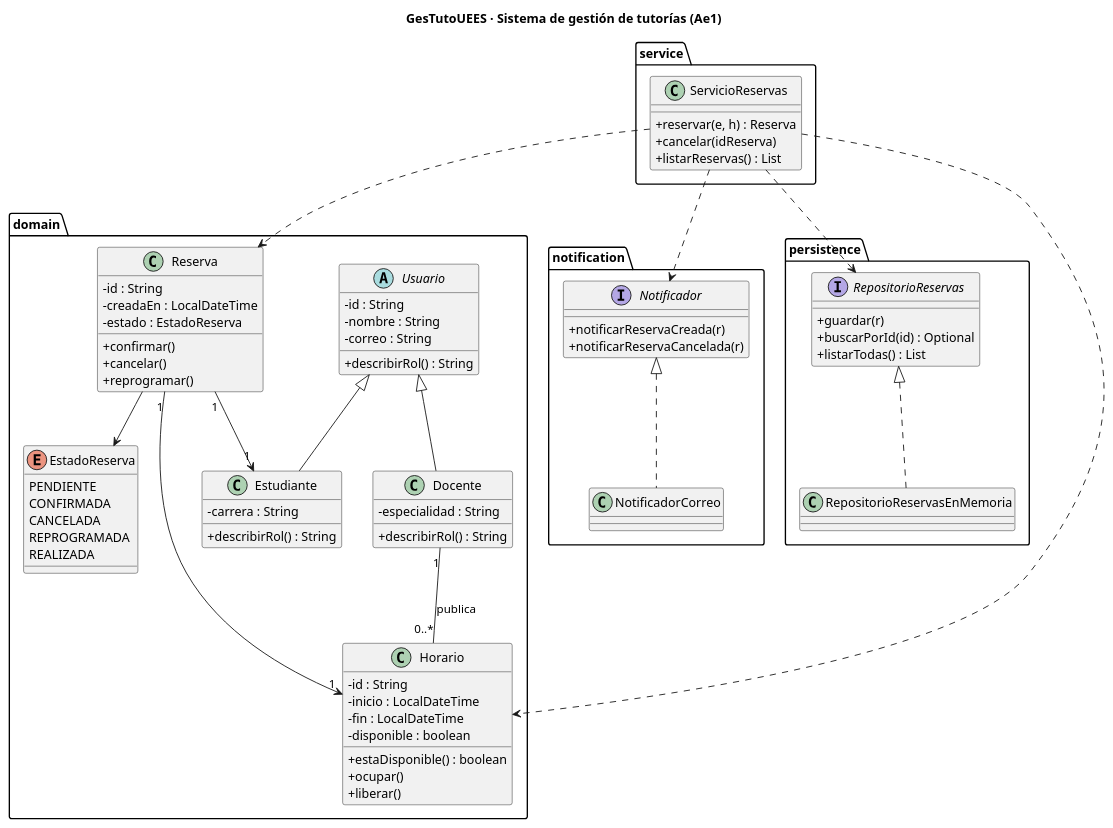
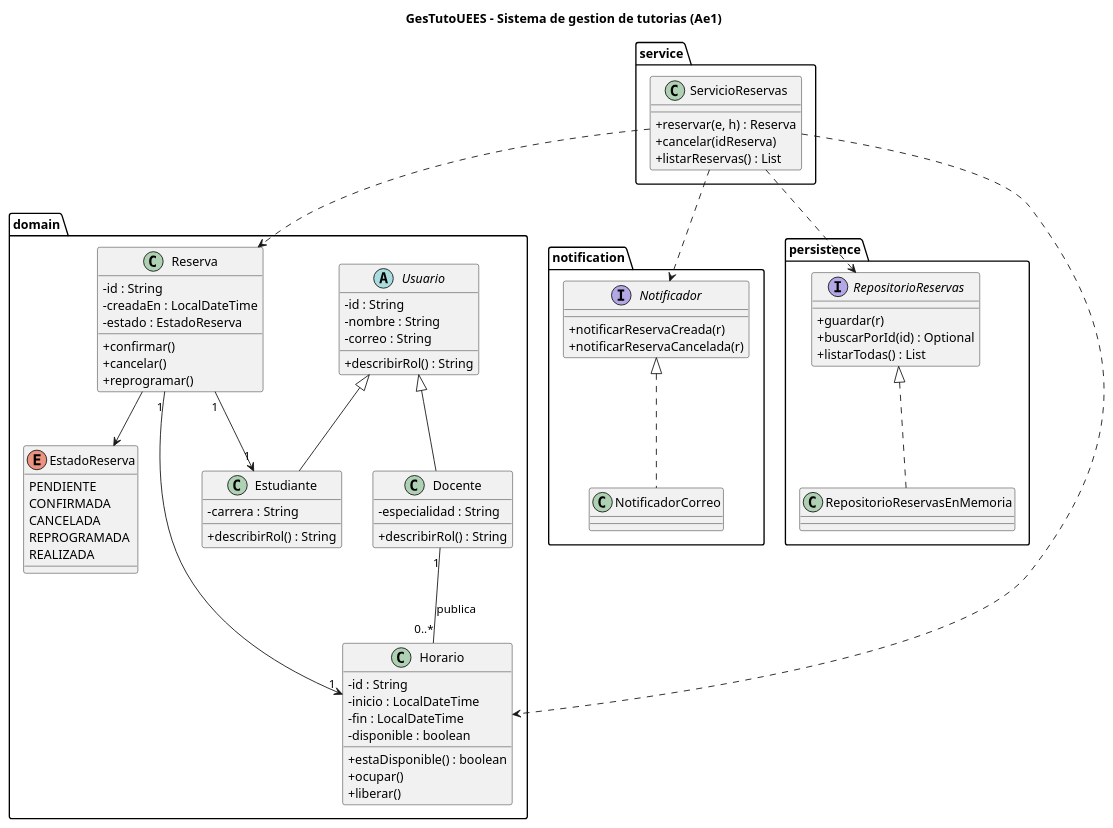
The diagram in docs/modelo-clases.puml (cidmikeEC/GesTutoUEES), drawn with PlantUML before and after one commit. The commit also changed 8 other files, not shown here.

Commit message:
docs: agregar entregables de evaluacion Ae1 y actualizacion de diagramas

```diff
--- a/docs/modelo-clases.puml
+++ b/docs/modelo-clases.puml
@@ -1,91 +1,91 @@
 @startuml
 skinparam classAttributeIconSize 0
-title GesTutoUEES · Sistema de gestión de tutorías (Ae1)
+title GesTutoUEES - Sistema de gestion de tutorias (Ae1)
 
 package "domain" {
   abstract class Usuario {
     - id : String
     - nombre : String
     - correo : String
     + describirRol() : String
   }
   class Estudiante {
     - carrera : String
     + describirRol() : String
   }
   class Docente {
     - especialidad : String
     + describirRol() : String
   }
   class Horario {
     - id : String
     - inicio : LocalDateTime
     - fin : LocalDateTime
     - disponible : boolean
     + estaDisponible() : boolean
     + ocupar()
     + liberar()
   }
   class Reserva {
     - id : String
     - creadaEn : LocalDateTime
     - estado : EstadoReserva
     + confirmar()
     + cancelar()
     + reprogramar()
   }
   enum EstadoReserva {
     PENDIENTE
     CONFIRMADA
     CANCELADA
     REPROGRAMADA
     REALIZADA
   }
 }
 
 package "service" {
   class ServicioReservas {
     + reservar(e, h) : Reserva
     + cancelar(idReserva)
     + listarReservas() : List
   }
 }
 
 package "notification" {
   interface Notificador {
     + notificarReservaCreada(r)
     + notificarReservaCancelada(r)
   }
   class NotificadorCorreo
 }
 
 package "persistence" {
   interface RepositorioReservas {
     + guardar(r)
     + buscarPorId(id) : Optional
     + listarTodas() : List
   }
   class RepositorioReservasEnMemoria
 }
 
 ' Herencia (generalización)
 Usuario <|-- Estudiante
 Usuario <|-- Docente
 
 ' Realización de interfaces
 Notificador <|.. NotificadorCorreo
 RepositorioReservas <|.. RepositorioReservasEnMemoria
 
 ' Asociaciones del dominio
 Docente "1" -- "0..*" Horario : publica
 Reserva "1" --> "1" Estudiante
 Reserva "1" --> "1" Horario
 Reserva --> EstadoReserva
 
 ' Dependencias del servicio hacia abstracciones (DIP)
 ServicioReservas ..> Notificador
 ServicioReservas ..> RepositorioReservas
 ServicioReservas ..> Reserva
 ServicioReservas ..> Horario
 
 @enduml
```
